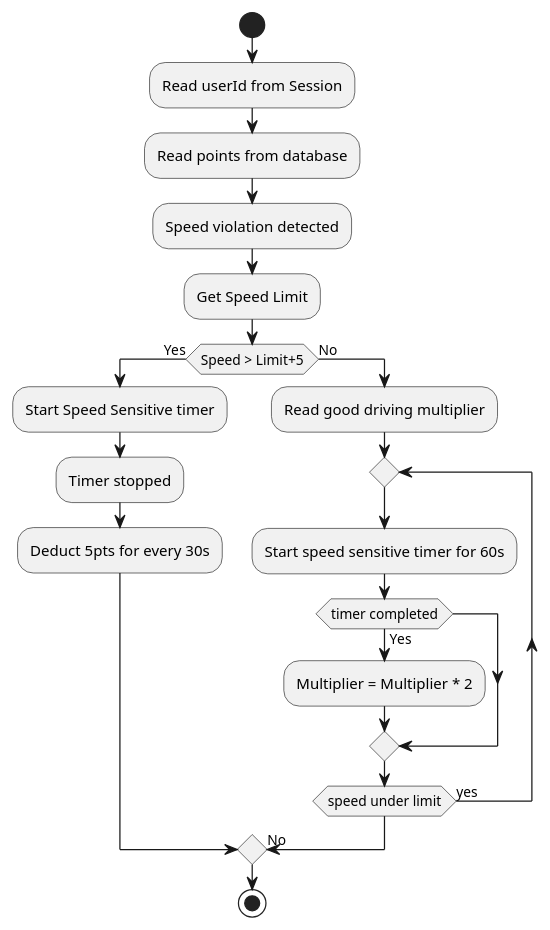
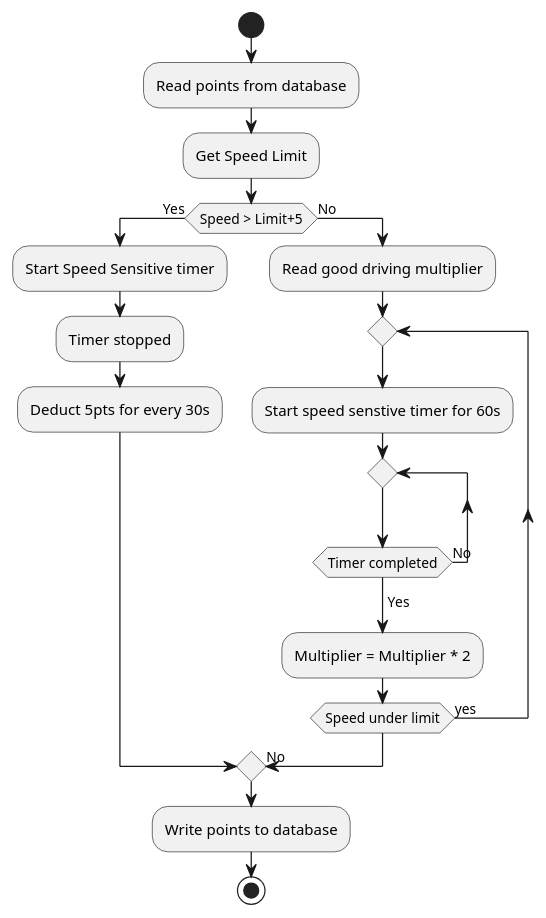
Before and after one commit to Varshith1815/DriverAssistant: the diagram in App/Driver-Assistant-UI/gamification.puml, drawn with PlantUML.

Commit message:
#94: Introduced loops for good driving branch

```diff
--- a/App/Driver-Assistant-UI/gamification.puml
+++ b/App/Driver-Assistant-UI/gamification.puml
@@ -1,26 +1,26 @@
 @startuml
 
 start
-:Read userId from Session;
 :Read points from database;
-:Speed violation detected;
 :Get Speed Limit;
 
 if (Speed > Limit+5) then (Yes)
 :Start Speed Sensitive timer;
 :Timer stopped;
 :Deduct 5pts for every 30s;
 
 else (No)
 :Read good driving multiplier;
 repeat
-  :Start speed sensitive timer for 60s;
-  if (timer completed) then (Yes)
+  :Start speed senstive timer for 60s;
+  repeat
+  repeat while (Timer completed) is (No)
+  ->Yes;
   :Multiplier = Multiplier * 2;
-  endif
-repeat while (speed under limit) is (yes)
+repeat while (Speed under limit) is (yes)
 ->No;
 endif
+:Write points to database;
 stop
 
 @enduml
```
